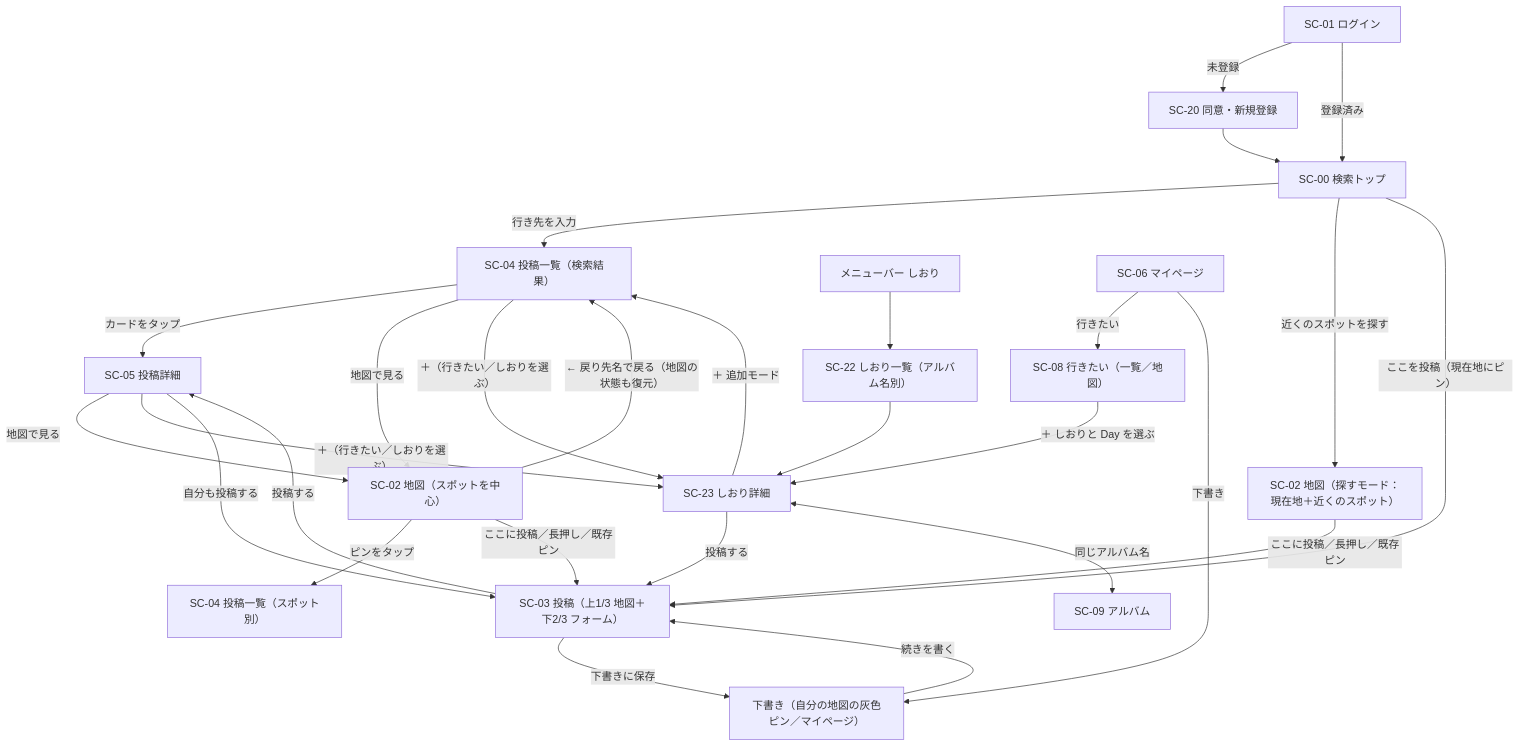
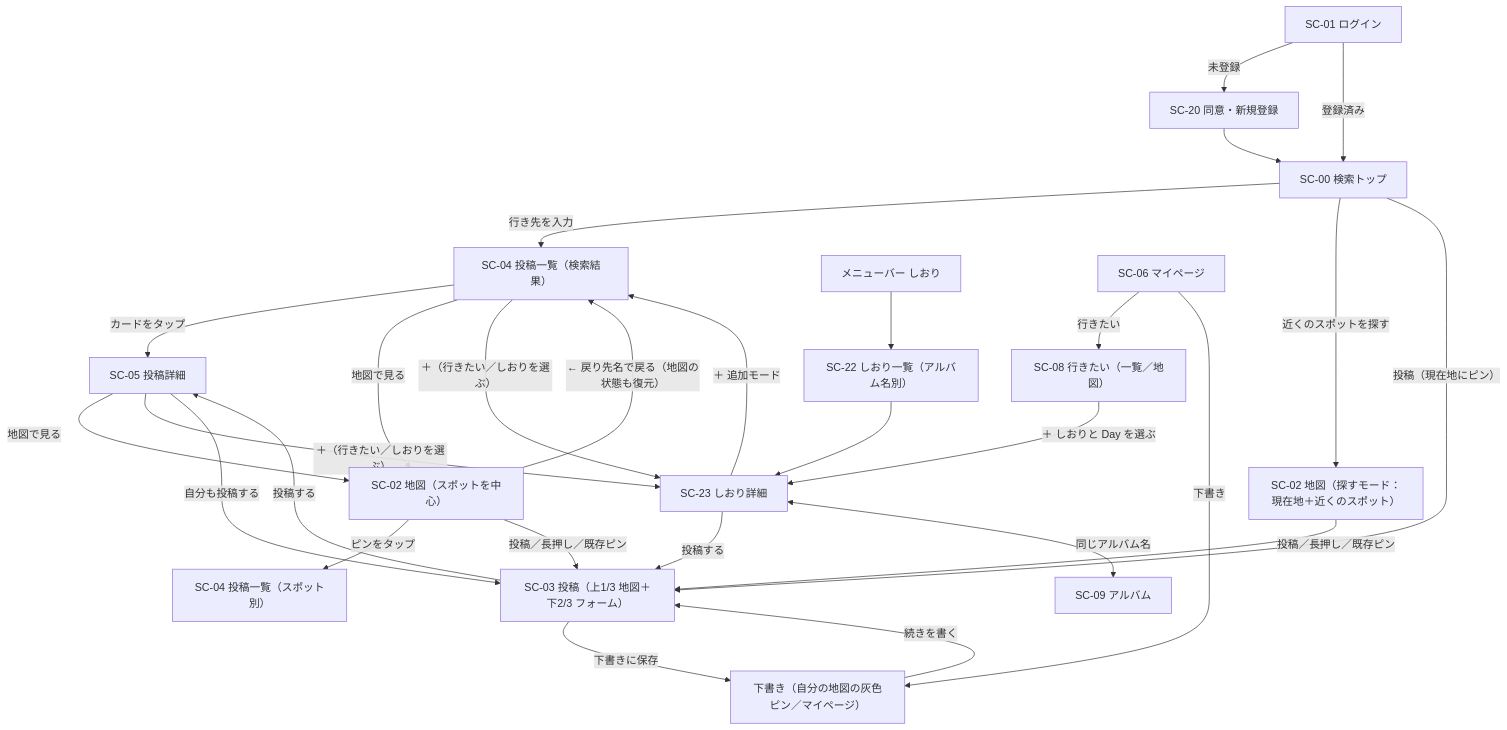
One commit to junito0814/tabikoe changed the first of 2 diagrams in docs/wireframes.md. Above: the diagram before and after it, drawn with Mermaid. The commit also changed other lines of this file and 4 other files, not shown here.

````diff
--- a/docs/wireframes.md
+++ b/docs/wireframes.md
@@ -159,28 +160,28 @@
 ```mermaid
 flowchart TD
     L["SC-01 ログイン"] -->|未登録| C["SC-20 同意・新規登録"]
     C --> T
     L -->|登録済み| T["SC-00 検索トップ"]
     T -->|行き先を入力| P["SC-04 投稿一覧（検索結果）"]
     T -->|近くのスポットを探す| MN["SC-02 地図（探すモード：現在地＋近くのスポット）"]
     P -->|カードをタップ| D["SC-05 投稿詳細"]
     P -->|地図で見る| M["SC-02 地図（スポットを中心）"]
     D -->|地図で見る| M
     M -->|ピンをタップ| PS["SC-04 投稿一覧（スポット別）"]
     M -->|← 戻り先名で戻る（地図の状態も復元）| P
-    T -->|ここを投稿（現在地にピン）| N["SC-03 投稿（上1/3 地図＋下2/3 フォーム）"]
-    MN -->|ここに投稿／長押し／既存ピン| N
-    M -->|ここに投稿／長押し／既存ピン| N
+    T -->|投稿（現在地にピン）| N["SC-03 投稿（上1/3 地図＋下2/3 フォーム）"]
+    MN -->|投稿／長押し／既存ピン| N
+    M -->|投稿／長押し／既存ピン| N
     N -->|投稿する| D
     N -->|下書きに保存| DR["下書き（自分の地図の灰色ピン／マイページ）"]
     DR -->|続きを書く| N
     P -->|＋（行きたい／しおりを選ぶ）| S["SC-23 しおり詳細"]
     D -->|＋（行きたい／しおりを選ぶ）| S
     D -->|自分も投稿する| N
     S -->|＋ 追加モード| P
     S -->|投稿する| N
     S <-->|同じアルバム名| A["SC-09 アルバム"]
     B["メニューバー しおり"] --> SL["SC-22 しおり一覧（アルバム名別）"] --> S
     MY["SC-06 マイページ"] -->|行きたい| W["SC-08 行きたい（一覧／地図）"] -->|＋ しおりと Day を選ぶ| S
     MY -->|下書き| DR
 ```
````
